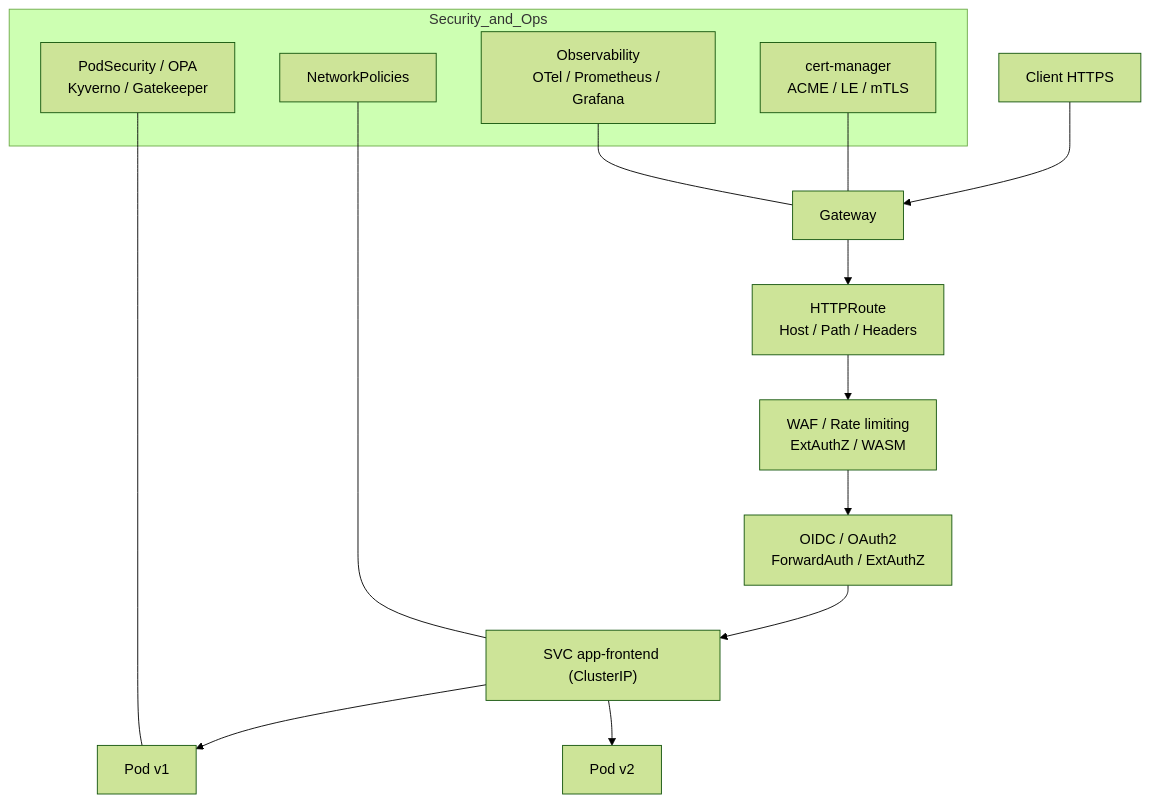
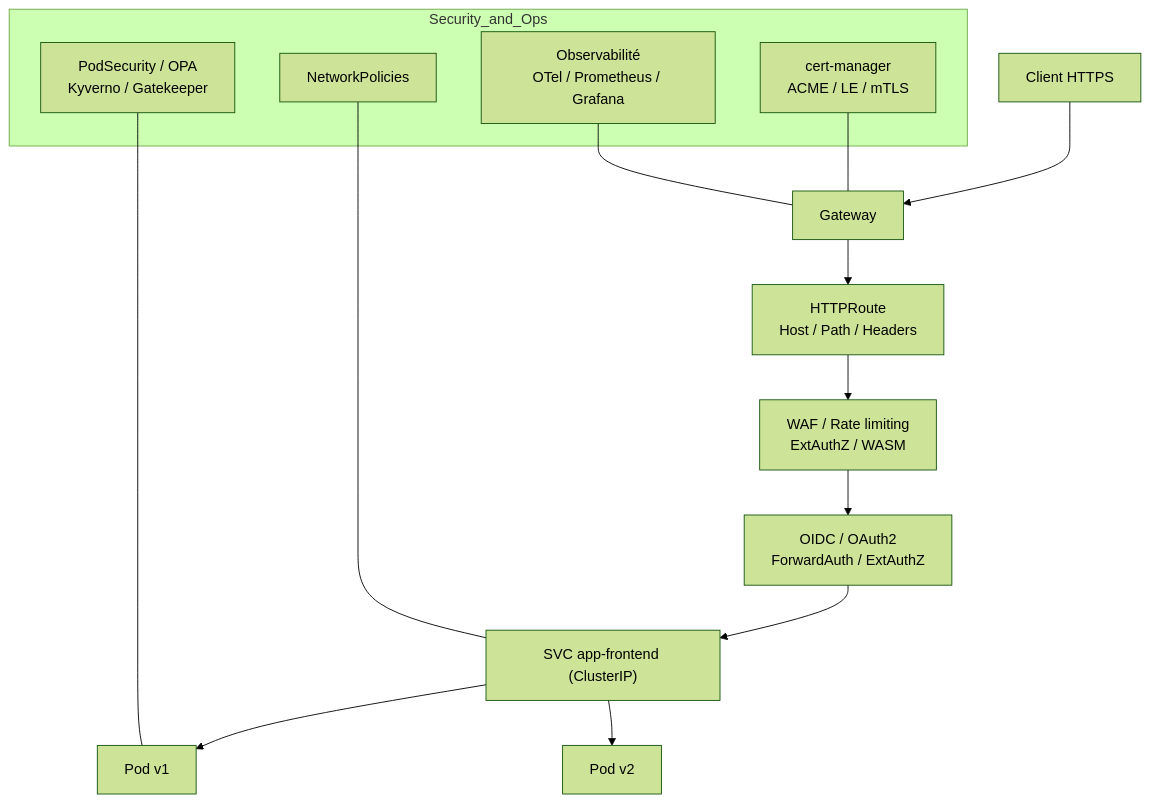
Before and after one commit to ynotopec/k8s-internet-infrastructure: the second of 2 diagrams in README.md, drawn with Mermaid (forest theme). The commit also changed other lines of this file and 8 other files, not shown here.

````diff
--- a/README.md
+++ b/README.md
@@ -33,22 +27,22 @@
 ```mermaid
 flowchart TB
     ext["Client HTTPS"] --> gw["Gateway"]
     gw --> rt["HTTPRoute<br/>Host / Path / Headers"]
     rt --> waf["WAF / Rate limiting<br/>ExtAuthZ / WASM"]
     waf --> auth["OIDC / OAuth2<br/>ForwardAuth / ExtAuthZ"]
     auth --> svc["SVC app-frontend (ClusterIP)"]
     svc --> pod1["Pod v1"]
     svc --> pod2["Pod v2"]
 
     subgraph Security_and_Ops
       cm["cert-manager<br/>ACME / LE / mTLS"]
       np["NetworkPolicies"]
       ps["PodSecurity / OPA<br/>Kyverno / Gatekeeper"]
-      obs["Observability<br/>OTel / Prometheus / Grafana"]
+      obs["Observabilité<br/>OTel / Prometheus / Grafana"]
     end
 
     cm --- gw
     np --- svc
     ps --- pod1
     obs --- gw
 ```
````
